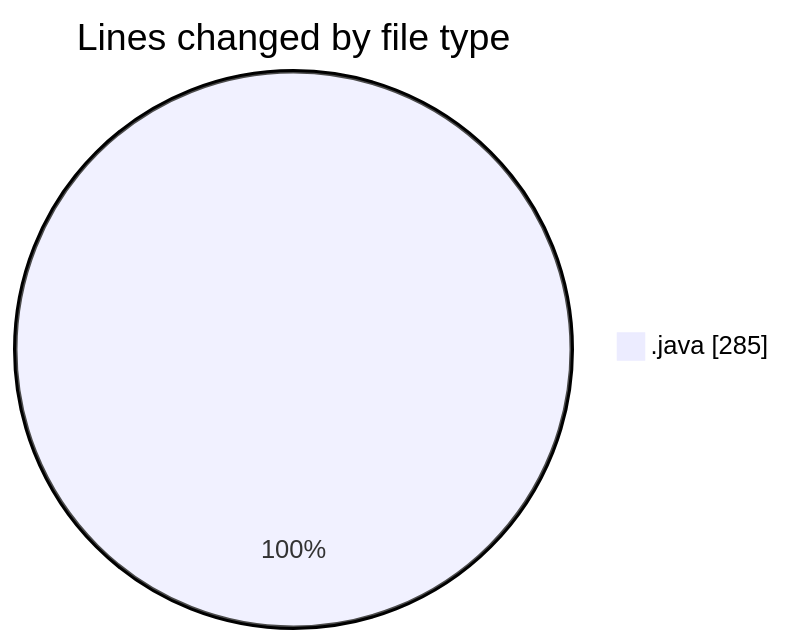
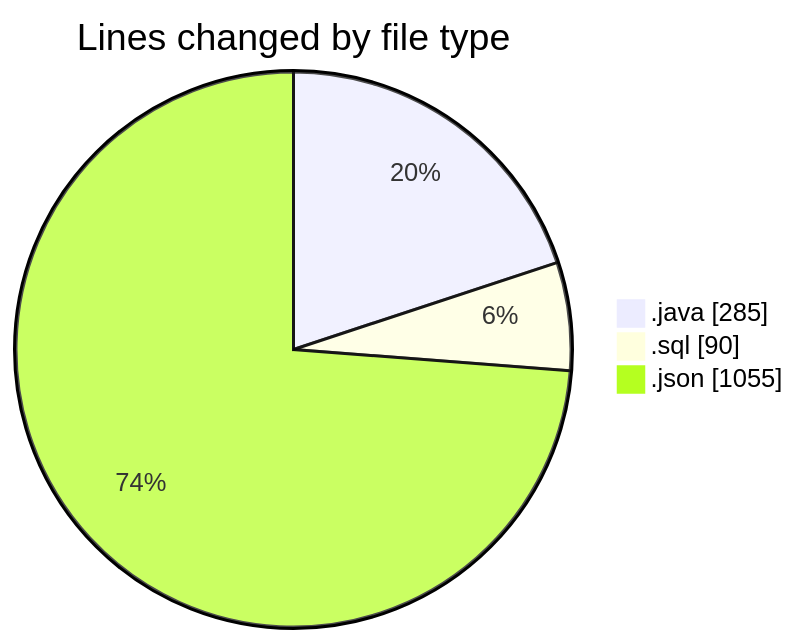
Before and after one commit to ricardozamudiocil/code-tracking: the first of 2 diagrams in 2026-06-02/cilapp/README.md, drawn with Mermaid. The commit also changed other lines of this file and 1 other file, not shown here.

````diff
--- a/2026-06-02/cilapp/README.md
+++ b/2026-06-02/cilapp/README.md
@@ -20,5 +23,7 @@
 ```mermaid
 pie showData
 title Lines changed by file type
 ".java" : 285
+".sql" : 90
+".json" : 1055
 ```
````
